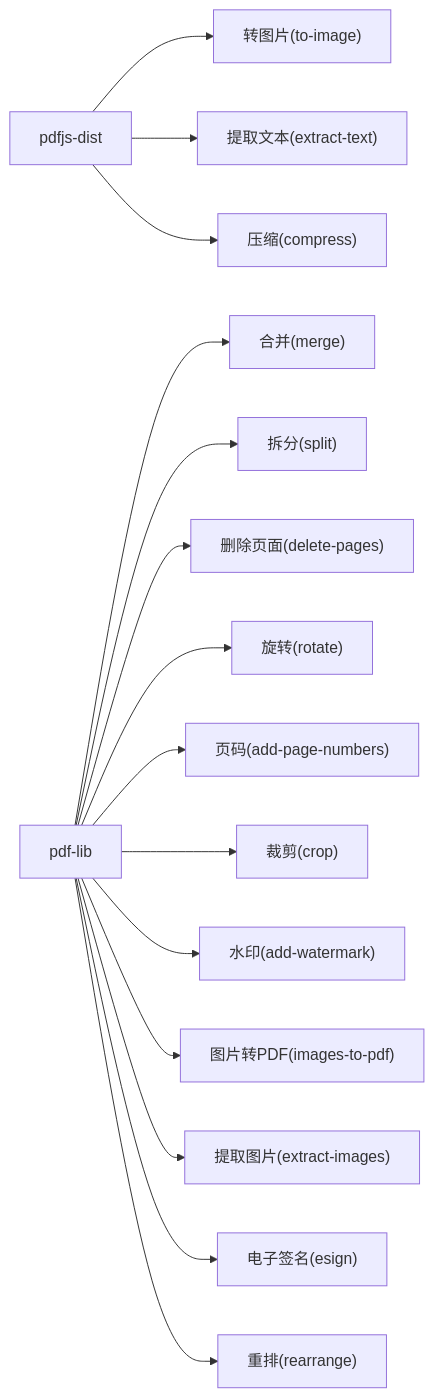
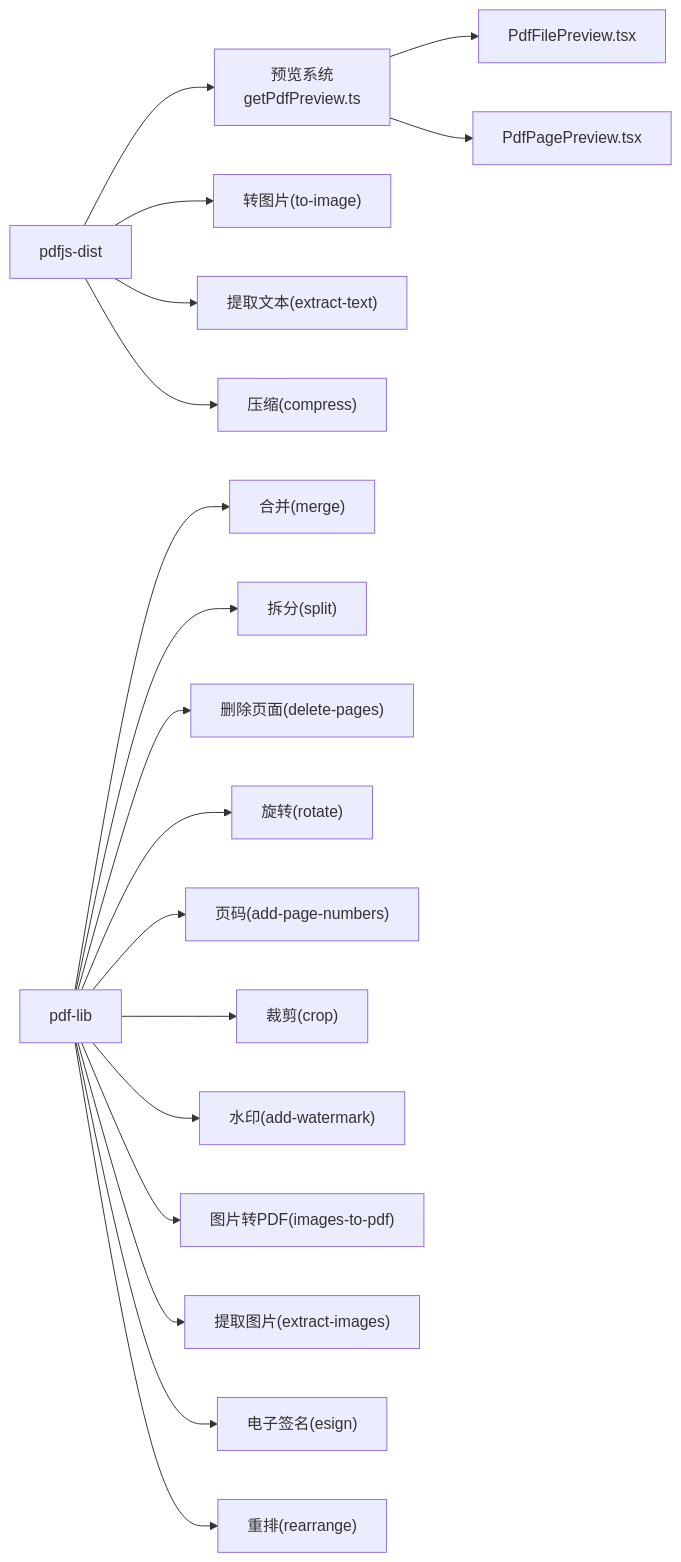
The fourth of 4 diagrams in .qoder/repowiki/zh/content/PDF工具/PDF工具.md (sgyy/privadeck), drawn with Mermaid before and after one commit. The commit also changed other lines of this file and 27 other files, not shown here.

````diff
--- a/.qoder/repowiki/zh/content/PDF工具/PDF工具.md
+++ b/.qoder/repowiki/zh/content/PDF工具/PDF工具.md
@@ -326,17 +416,20 @@
 ```mermaid
 graph LR
-PJ["pdfjs-dist"] --> T2I["转图片(to-image)"]
+PREVIEW["预览系统<br/>getPdfPreview.ts"] --> FILEPREV["PdfFilePreview.tsx"]
+PREVIEW --> PAGEPREV["PdfPagePreview.tsx"]
+PJ["pdfjs-dist"] --> PREVIEW
+PJ --> T2I["转图片(to-image)"]
 PJ --> ET["提取文本(extract-text)"]
 PJ --> CMP["压缩(compress)"]
 PL["pdf-lib"] --> M["合并(merge)"]
 PL --> S["拆分(split)"]
 PL --> DP["删除页面(delete-pages)"]
 PL --> R["旋转(rotate)"]
 PL --> PN["页码(add-page-numbers)"]
 PL --> CR["裁剪(crop)"]
 PL --> WM["水印(add-watermark)"]
 PL --> I2P["图片转PDF(images-to-pdf)"]
 PL --> EI["提取图片(extract-images)"]
 PL --> ESIGN["电子签名(esign)"]
 PL --> RE["重排(rearrange)"]
 ```
````
